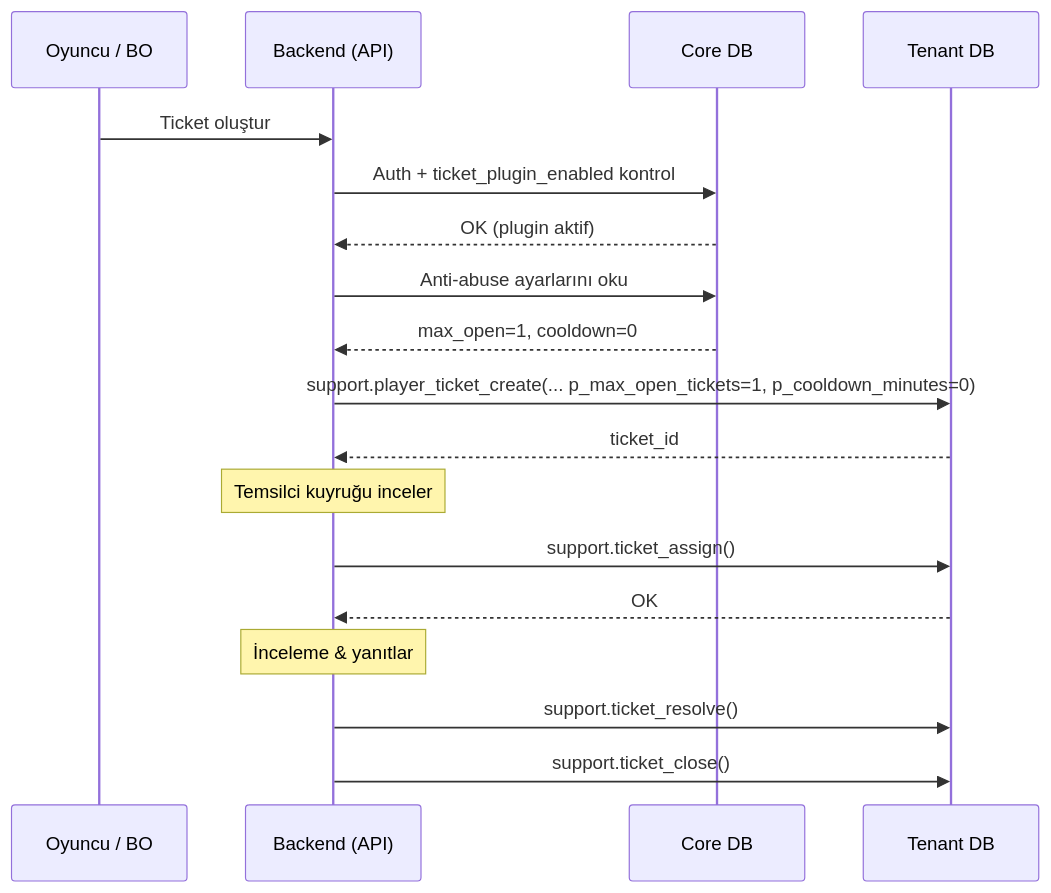
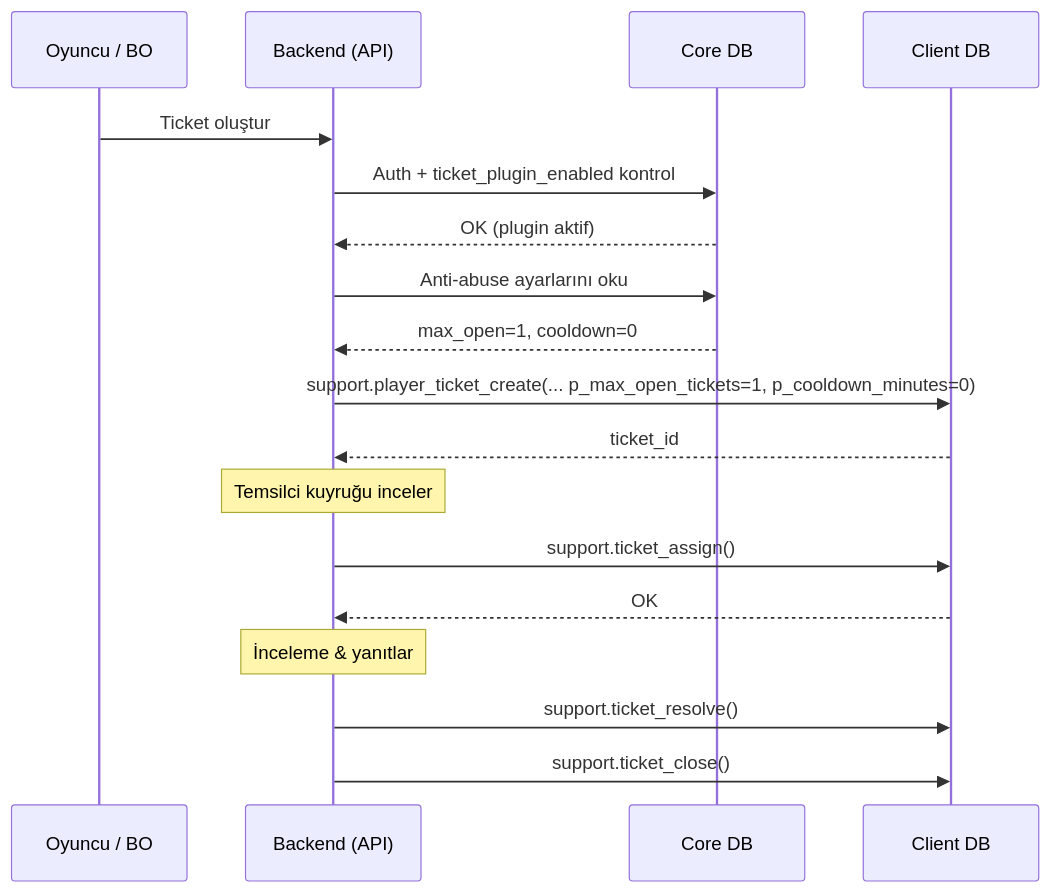
The second of 5 diagrams in .docs/guides/CALL_CENTER_GUIDE.md (frhtshn/One.DB), drawn with Mermaid before and after one commit. The commit also changed other lines of this file and 442 other files, not shown here.

First line of the commit message:
Nucleo → Sortis One ve tenant → client içerik güncellemeleri

````diff
--- a/.docs/guides/CALL_CENTER_GUIDE.md
+++ b/.docs/guides/CALL_CENTER_GUIDE.md
@@ -69,25 +69,25 @@
 ```mermaid
 sequenceDiagram
     participant P as Oyuncu / BO
     participant BE as Backend (API)
     participant CORE as Core DB
-    participant TENANT as Tenant DB
+    participant CLIENT as Client DB
 
     P->>BE: Ticket oluştur
     BE->>CORE: Auth + ticket_plugin_enabled kontrol
     CORE-->>BE: OK (plugin aktif)
     BE->>CORE: Anti-abuse ayarlarını oku
     CORE-->>BE: max_open=1, cooldown=0
-    BE->>TENANT: support.player_ticket_create(... p_max_open_tickets=1, p_cooldown_minutes=0)
-    TENANT-->>BE: ticket_id
+    BE->>CLIENT: support.player_ticket_create(... p_max_open_tickets=1, p_cooldown_minutes=0)
+    CLIENT-->>BE: ticket_id
 
     Note over BE: Temsilci kuyruğu inceler
 
-    BE->>TENANT: support.ticket_assign()
-    TENANT-->>BE: OK
+    BE->>CLIENT: support.ticket_assign()
+    CLIENT-->>BE: OK
 
     Note over BE: İnceleme & yanıtlar
 
-    BE->>TENANT: support.ticket_resolve()
-    BE->>TENANT: support.ticket_close()
+    BE->>CLIENT: support.ticket_resolve()
+    BE->>CLIENT: support.ticket_close()
 ```
````
